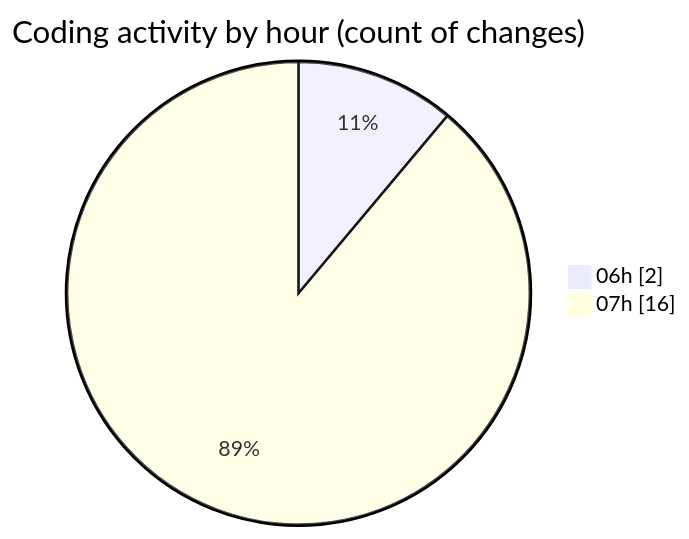
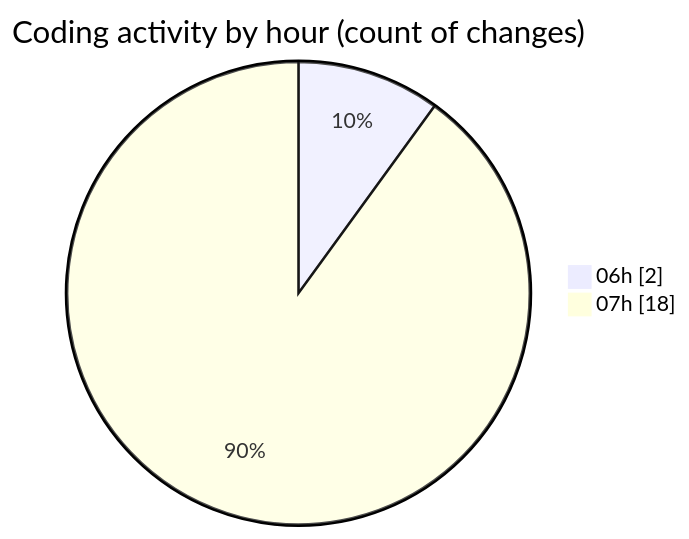
The second of 2 diagrams in 2025-01-27/termonied-web/README.md (robertbonfada/code-tracking), drawn with Mermaid before and after one commit. The commit also changed other lines of this file and 1 other file, not shown here.

````diff
--- a/2025-01-27/termonied-web/README.md
+++ b/2025-01-27/termonied-web/README.md
@@ -32,6 +33,6 @@
 ```mermaid
 pie showData
 title Coding activity by hour (count of changes)
 "06h" : 2
-"07h" : 16
+"07h" : 18
 ```
````
